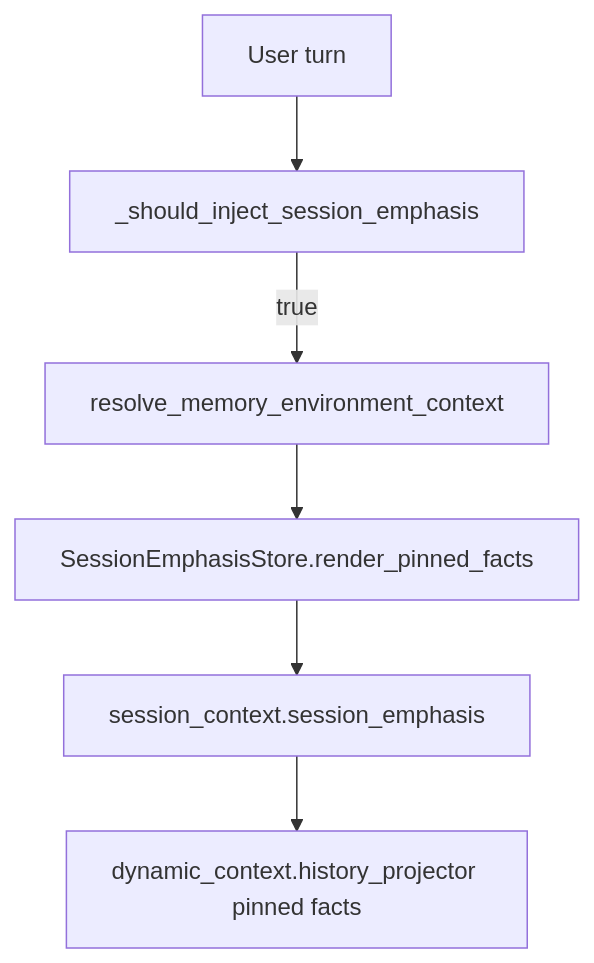
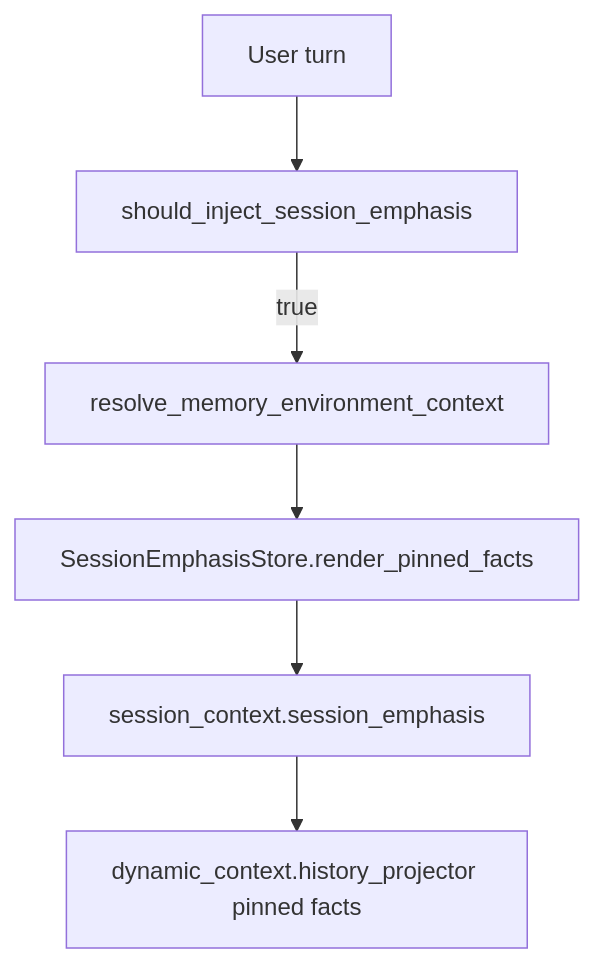
Before and after one commit to wei-boundless/Mythical-Age: the third of 3 diagrams in docs/系统框架/060-记忆系统架构链路审查与设计说明-20260604.md, drawn with Mermaid. The commit also changed other lines of this file and 38 other files, not shown here.

````diff
--- a/docs/系统框架/060-记忆系统架构链路审查与设计说明-20260604.md
+++ b/docs/系统框架/060-记忆系统架构链路审查与设计说明-20260604.md
@@ -214,8 +218,8 @@
 ```mermaid
 flowchart TD
-    A["User turn"] --> B["_should_inject_session_emphasis"]
+    A["User turn"] --> B["should_inject_session_emphasis"]
     B -->|true| C["resolve_memory_environment_context"]
     C --> D["SessionEmphasisStore.render_pinned_facts"]
     D --> E["session_context.session_emphasis"]
     E --> F["dynamic_context.history_projector pinned facts"]
 ```
````
